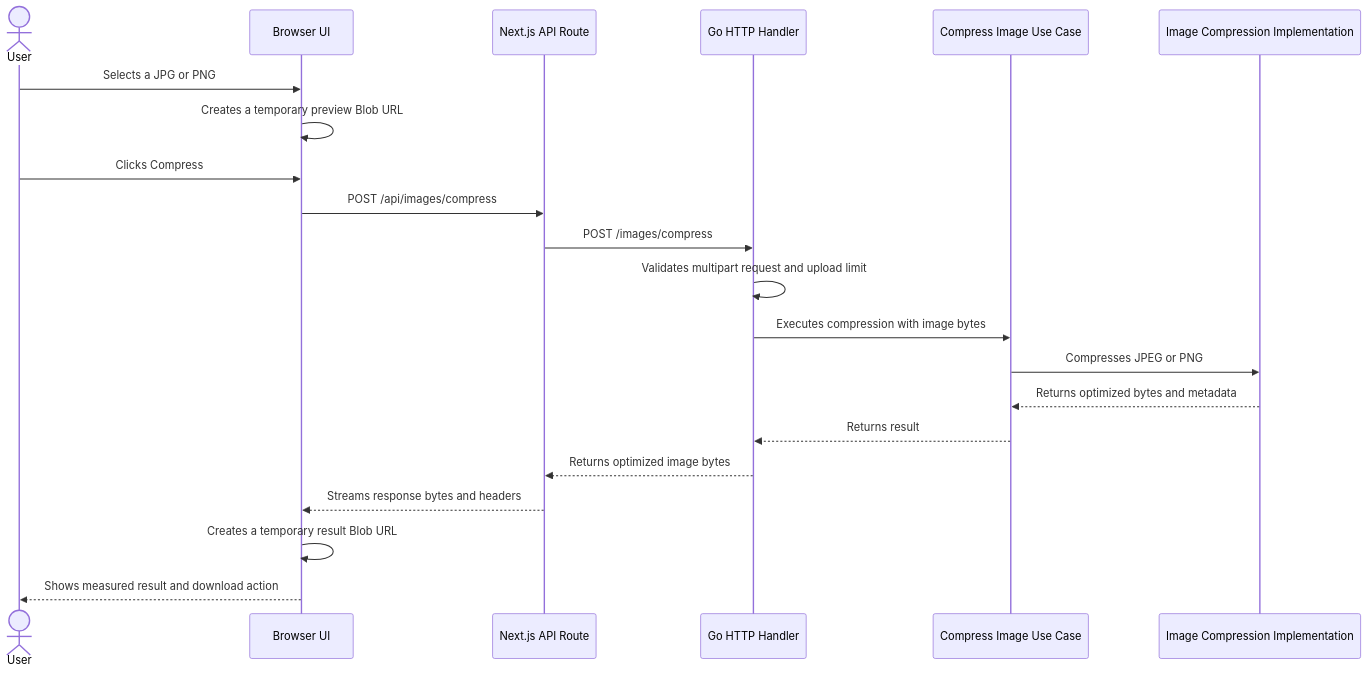
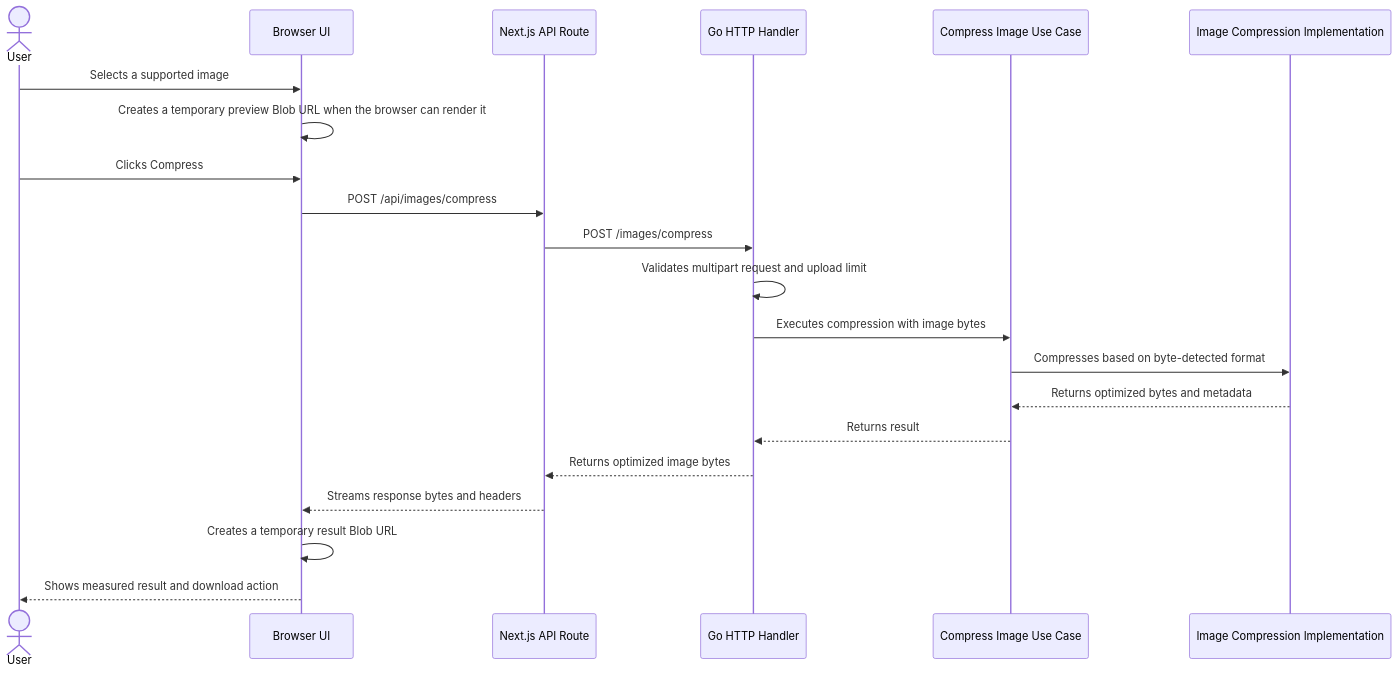
One commit to juniocr26/go-image-optimizer changed the diagram in docs/en/architecture.md. Above: the diagram before and after it, drawn with Mermaid. The commit also changed other lines of this file and 24 other files, not shown here.

Commit message:
feat: add multi-format image compression support

````diff
--- a/docs/en/architecture.md
+++ b/docs/en/architecture.md
@@ -20,24 +26,24 @@
 ```mermaid
 sequenceDiagram
     actor User
     participant Browser as Browser UI
     participant NextAPI as Next.js API Route
     participant Handler as Go HTTP Handler
     participant UseCase as Compress Image Use Case
     participant Compressor as Image Compression Implementation
 
-    User->>Browser: Selects a JPG or PNG
-    Browser->>Browser: Creates a temporary preview Blob URL
+    User->>Browser: Selects a supported image
+    Browser->>Browser: Creates a temporary preview Blob URL when the browser can render it
     User->>Browser: Clicks Compress
     Browser->>NextAPI: POST /api/images/compress
     NextAPI->>Handler: POST /images/compress
     Handler->>Handler: Validates multipart request and upload limit
     Handler->>UseCase: Executes compression with image bytes
-    UseCase->>Compressor: Compresses JPEG or PNG
+    UseCase->>Compressor: Compresses based on byte-detected format
     Compressor-->>UseCase: Returns optimized bytes and metadata
     UseCase-->>Handler: Returns result
     Handler-->>NextAPI: Returns optimized image bytes
     NextAPI-->>Browser: Streams response bytes and headers
     Browser->>Browser: Creates a temporary result Blob URL
     Browser-->>User: Shows measured result and download action
 ```
````
